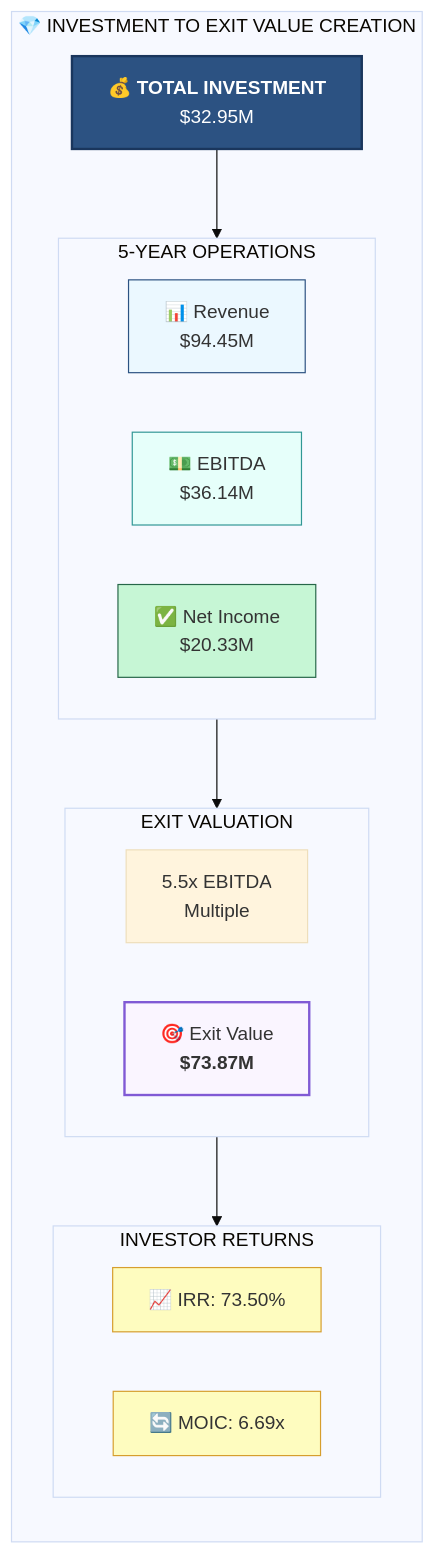
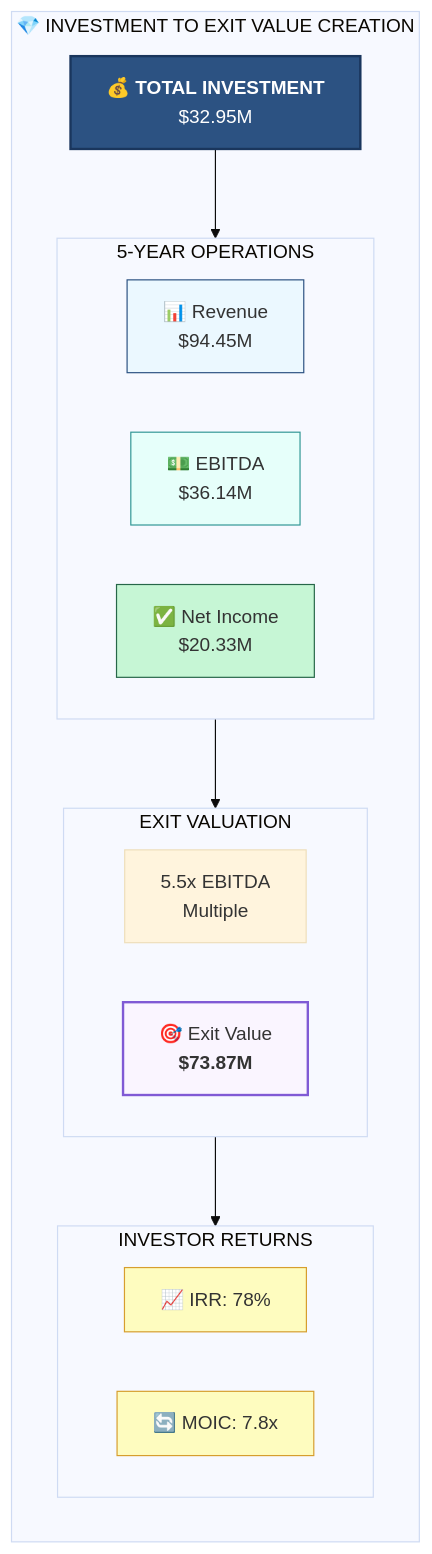
Diagram 11 of 41 in docs/pitch-packet/AI_VALUATION_REPORT_VISUAL.md (Light-Brands/epic-center), drawn with Mermaid before and after one commit. The commit also changed other lines of this file and 27 other files, not shown here.

````diff
--- a/docs/pitch-packet/AI_VALUATION_REPORT_VISUAL.md
+++ b/docs/pitch-packet/AI_VALUATION_REPORT_VISUAL.md
@@ -489,41 +489,41 @@
 ```mermaid
 %%{init: {'theme': 'base'}}%%
 flowchart TB
     subgraph RETURNS["💎 INVESTMENT TO EXIT VALUE CREATION"]
         direction TB
 
         INV["💰 <b>TOTAL INVESTMENT</b><br/>$32.95M"]
 
         subgraph OPS["5-YEAR OPERATIONS"]
             direction LR
             REV["📊 Revenue<br/>$94.45M"]
             EBITDA["💵 EBITDA<br/>$36.14M"]
             NI["✅ Net Income<br/>$20.33M"]
         end
 
         INV --> OPS
 
         subgraph EXIT["EXIT VALUATION"]
             direction LR
             MULT["5.5x EBITDA<br/>Multiple"]
             EV["🎯 Exit Value<br/><b>$73.87M</b>"]
         end
 
         OPS --> EXIT
 
         subgraph INVESTOR["INVESTOR RETURNS"]
-            IRR["📈 IRR: 73.50%"]
-            MOIC["🔄 MOIC: 6.69x"]
+            IRR["📈 IRR: 78%"]
+            MOIC["🔄 MOIC: 7.8x"]
         end
 
         EXIT --> INVESTOR
     end
 
     style INV fill:#2c5282,stroke:#1a365d,stroke-width:2px,color:#fff
     style REV fill:#ebf8ff,stroke:#2c5282
     style EBITDA fill:#e6fffa,stroke:#319795
     style NI fill:#c6f6d5,stroke:#276749
     style EV fill:#faf5ff,stroke:#805ad5,stroke-width:2px
     style IRR fill:#fefcbf,stroke:#d69e2e
     style MOIC fill:#fefcbf,stroke:#d69e2e
 ```
````
